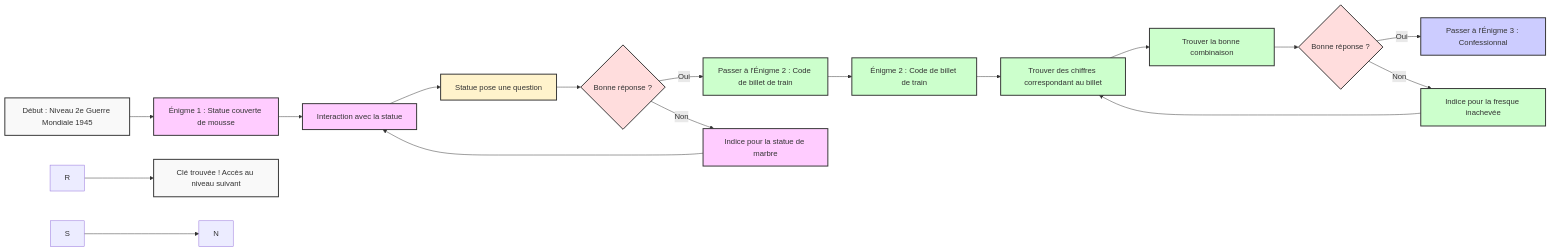
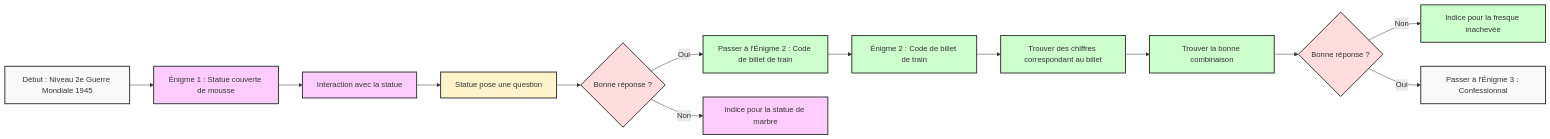
Before and after one commit to Chrono-Escape-Project/VR-Escape-Game: the diagram in schemas/1945.md, drawn with Mermaid.

````diff
--- a/schemas/1945.md
+++ b/schemas/1945.md
@@ -1,37 +1,34 @@
 ```mermaid
 graph LR;
     classDef startend fill:#f9f9f9,stroke:#333,stroke-width:2px;
     classDef enigme1 fill:#FFCCFF,stroke:#333,stroke-width:2px;
     classDef enigme2 fill:#CCFFCC,stroke:#333,stroke-width:2px;
     classDef enigme3 fill:#CCCCFF,stroke:#333,stroke-width:2px;
     classDef question fill:#FFF3CC,stroke:#333,stroke-width:2px;
     classDef decision fill:#FFDDDD,stroke:#333,stroke-width:2px;
 
     A[Début : Niveau 2e Guerre Mondiale 1945]:::startend --> B[Énigme 1 : Statue couverte de mousse]:::enigme1;
     B --> C[Interaction avec la statue]:::enigme1;
     C --> D[Statue pose une question]:::question;
 
     %% Vérification de la réponse de la statue
     D --> E{Bonne réponse ?}:::decision;
     E -- Oui --> F[Passer à l'Énigme 2 : Code de billet de train]:::enigme2;
     E -- Non --> G[Indice pour la statue de marbre]:::enigme1;
 
     %% Énigme 2 : 
     F --> H[Énigme 2 : Code de billet de train]:::enigme2;
     H --> I[Trouver des chiffres correspondant au billet]:::enigme2;
     I --> J[Trouver la bonne combinaison]:::enigme2;
 
     %% Vérification de la réponse de la fresque
     J --> K{Bonne réponse ?}:::decision;
-    K -- Oui --> L[Passer à l'Énigme 3 : Confessionnal]:::enigme3;
+   
     K -- Non --> M[Indice pour la fresque inachevée]:::enigme2;
 
     %% Obtention de la clé et boucles de retour
-    R --> T[Clé trouvée ! Accès au niveau suivant]:::startend;
-    S --> N;
-    G --> C;
-    M --> I;
+    K -- Oui --> T[Passer à l'Énigme 3 : Confessionnal]:::startend;
 
     
 
 ```
````
